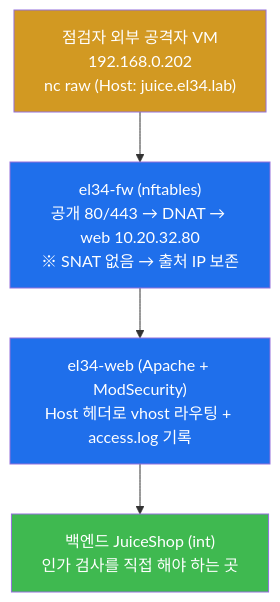
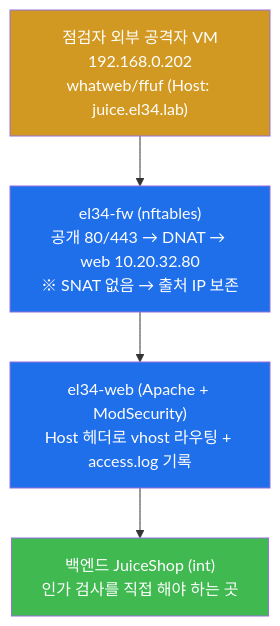
Before and after one commit to mrgrit/tw2: the sixth of 10 diagrams in contents/training/web-vuln/lecture_week09.md, drawn with Mermaid. The commit also changed other lines of this file and 25 other files, not shown here.

First line of the commit message:
fix(web-vuln): nc(raw HTTP) → 진짜 공격도구 (sqlmap/dalfox/ffuf/nikto/nuclei/hydra/whatweb)

````diff
--- a/contents/training/web-vuln/lecture_week09.md
+++ b/contents/training/web-vuln/lecture_week09.md
@@ -383,12 +383,12 @@
 ```mermaid
 graph TD
-    ATK["점검자 외부 공격자 VM<br/>192.168.0.202<br/>nc raw (Host: juice.el34.lab)"]
+    ATK["점검자 외부 공격자 VM<br/>192.168.0.202<br/>whatweb/ffuf (Host: juice.el34.lab)"]
     FW["el34-fw (nftables)<br/>공개 80/443 → DNAT → web 10.20.32.80<br/>※ SNAT 없음 → 출처 IP 보존"]
     WEB["el34-web (Apache + ModSecurity)<br/>Host 헤더로 vhost 라우팅 + access.log 기록"]
     APP["백엔드 JuiceShop (int)<br/>인가 검사를 직접 해야 하는 곳"]
     ATK --> FW --> WEB --> APP
     style ATK fill:#d29922,color:#fff
     style FW fill:#1f6feb,color:#fff
     style WEB fill:#1f6feb,color:#fff
     style APP fill:#3fb950,color:#fff
 ```
````
